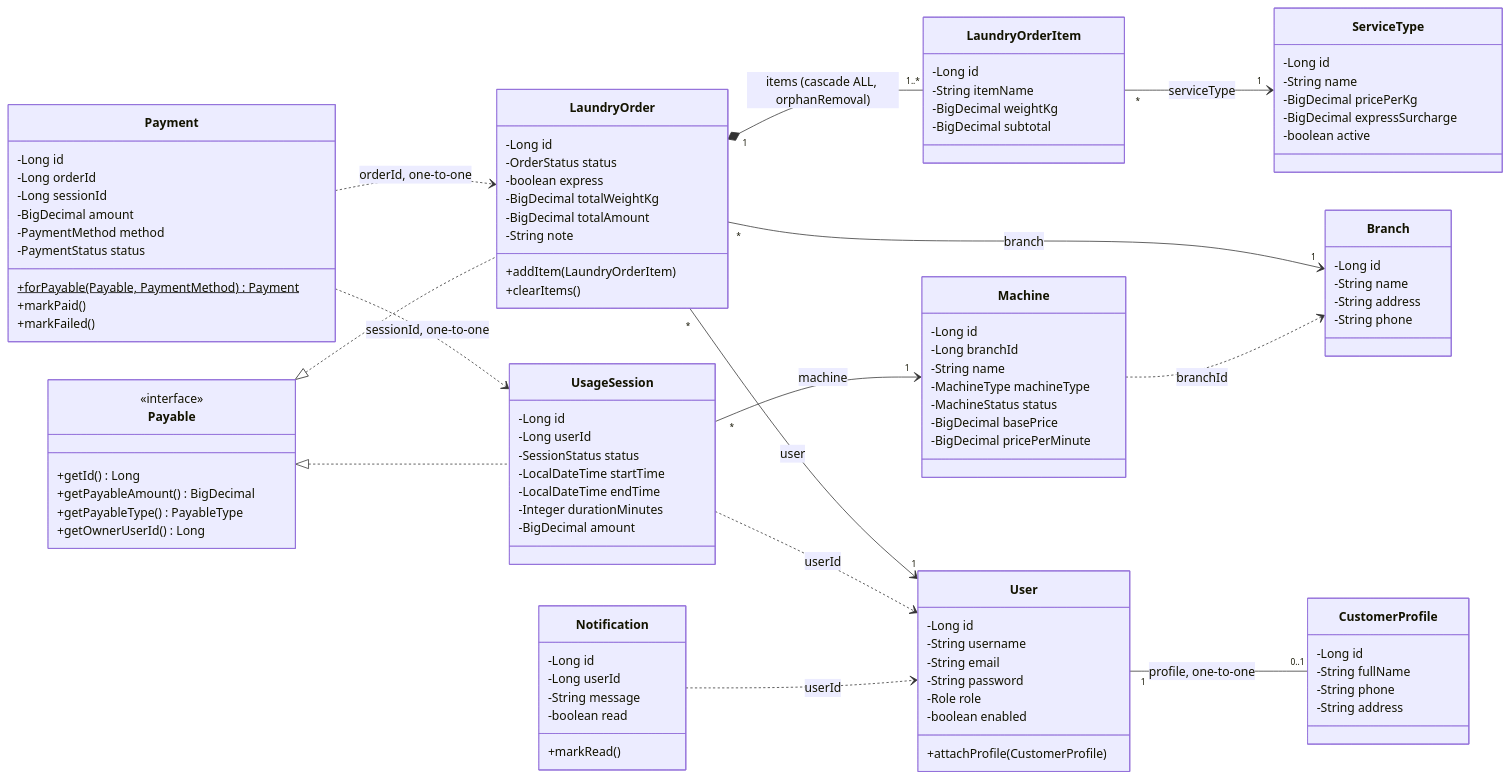
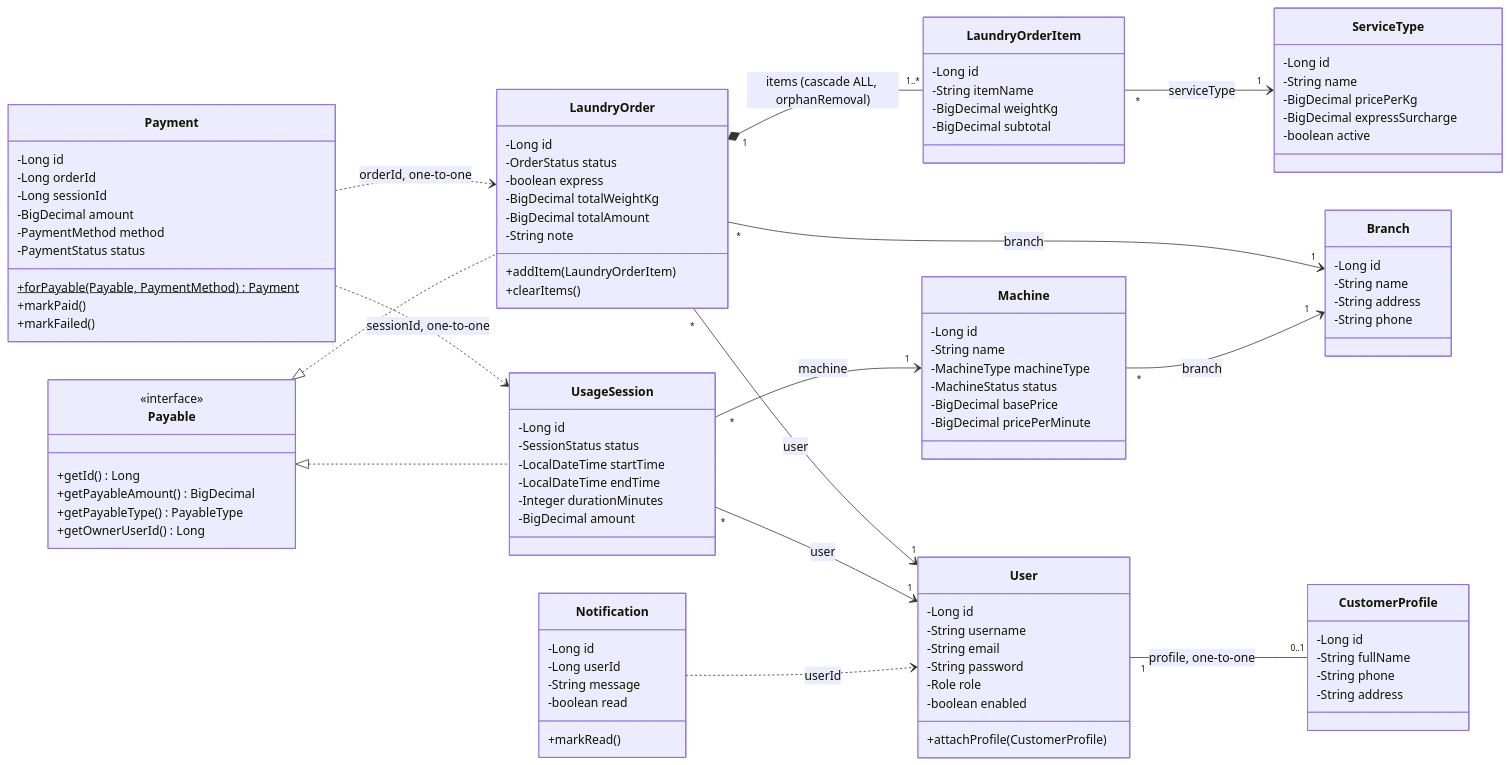
Before and after one commit to Oakiez/Laundry-Hub: the first of 4 diagrams in doc/diagrams/class-diagram.md, drawn with Mermaid. The commit also changed other lines of this file, not shown here.

Commit message:
docs: update class diagram for service types, machine states, session payments and coin processor

```diff
--- a/doc/diagrams/class-diagram.md
+++ b/doc/diagrams/class-diagram.md
@@ -63,7 +63,6 @@
     }
     class Machine {
         -Long id
-        -Long branchId
         -String name
         -MachineType machineType
         -MachineStatus status
@@ -72,7 +71,6 @@
     }
     class UsageSession {
         -Long id
-        -Long userId
         -SessionStatus status
         -LocalDateTime startTime
         -LocalDateTime endTime
@@ -103,9 +101,9 @@
     LaundryOrder "*" --> "1" Branch : branch
     LaundryOrder "1" *-- "1..*" LaundryOrderItem : items (cascade ALL, orphanRemoval)
     LaundryOrderItem "*" --> "1" ServiceType : serviceType
+    Machine "*" --> "1" Branch : branch
     UsageSession "*" --> "1" Machine : machine
-    Machine ..> Branch : branchId
-    UsageSession ..> User : userId
+    UsageSession "*" --> "1" User : user
     Payment ..> LaundryOrder : orderId, one-to-one
     Payment ..> UsageSession : sessionId, one-to-one
     Notification ..> User : userId
```
